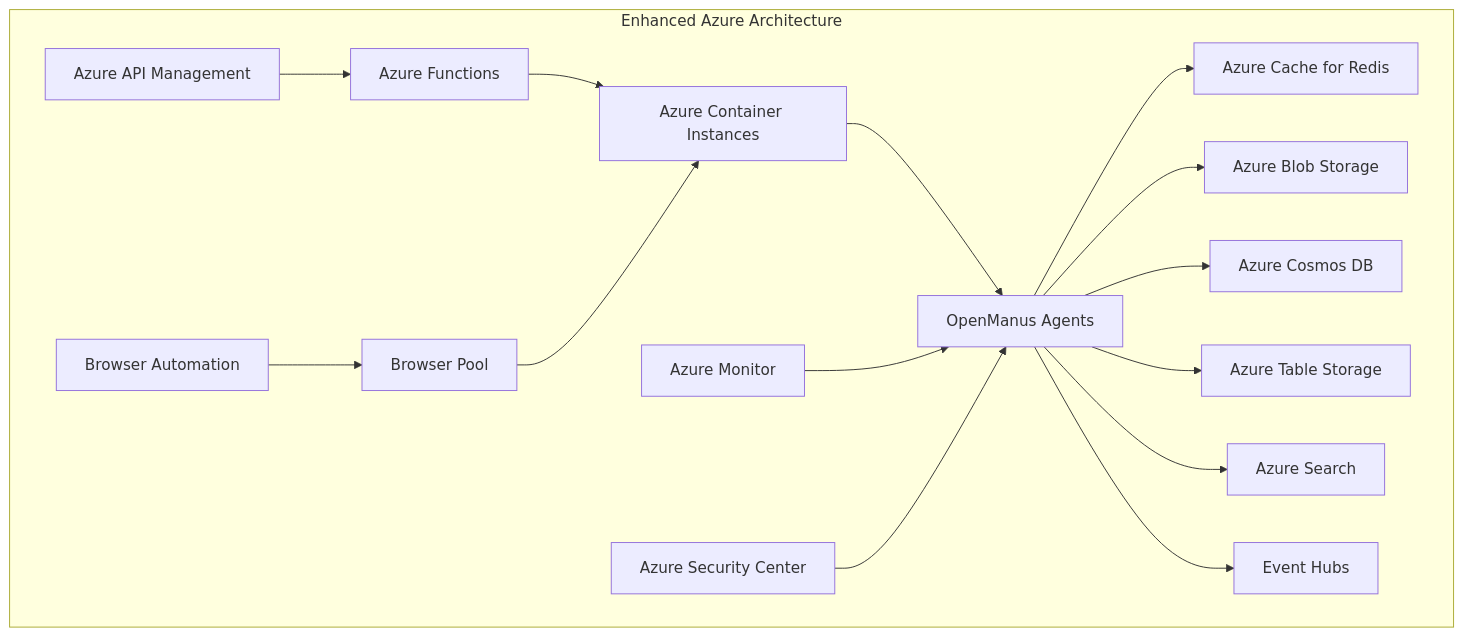
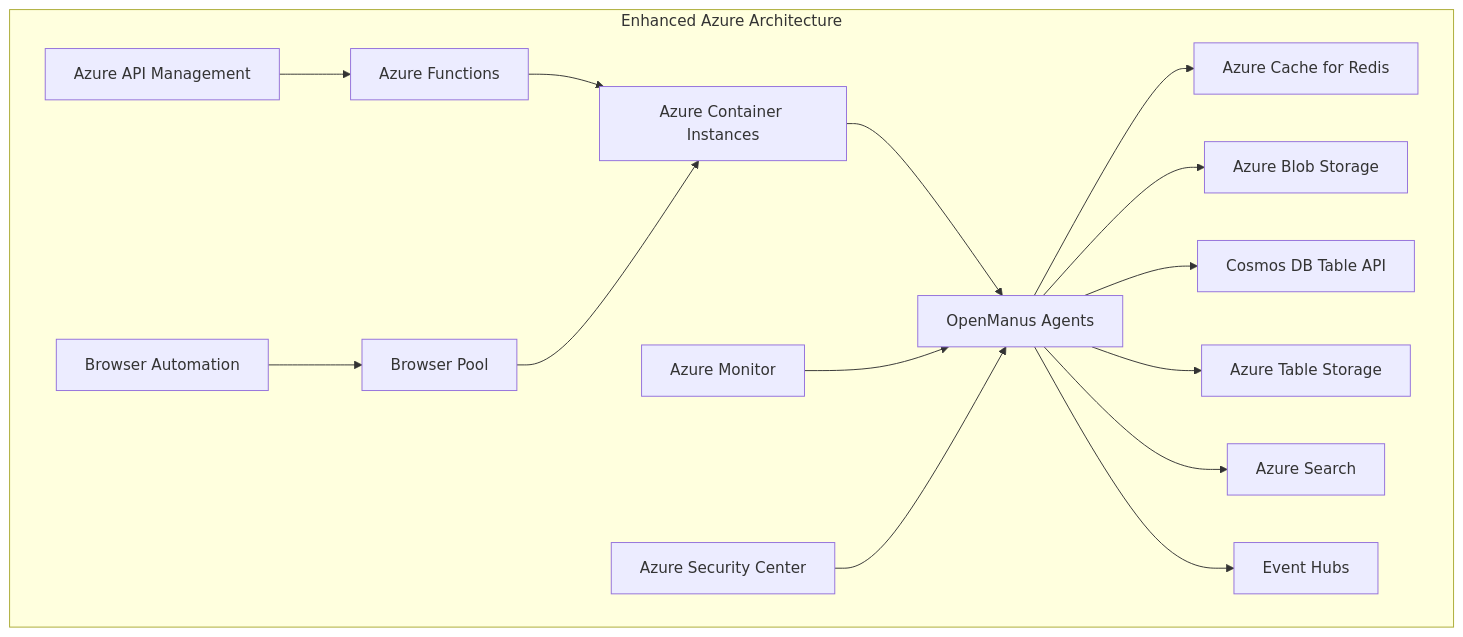
The fourth of 6 diagrams in Cloud_Scaling_Proposals.md (richardstanley/OpenManus), drawn with Mermaid before and after one commit. The commit also changed other lines of this file, not shown here.

````diff
--- a/Cloud_Scaling_Proposals.md
+++ b/Cloud_Scaling_Proposals.md
@@ -354,18 +399,18 @@
 ```mermaid
 graph TD
     subgraph Enhanced Azure Architecture
         A[Azure API Management] --> B[Azure Functions]
         B --> C[Azure Container Instances]
         C --> D[OpenManus Agents]
         D --> E[Azure Cache for Redis]
         D --> F[Azure Blob Storage]
-        D --> G[Azure Cosmos DB]
+        D --> G[Cosmos DB Table API]
         D --> H[Azure Table Storage]
         D --> I[Azure Search]
         D --> J[Event Hubs]
         K[Azure Monitor] --> D
         L[Azure Security Center] --> D
         M[Browser Automation] --> N[Browser Pool]
         N --> C
     end
 ```
````
